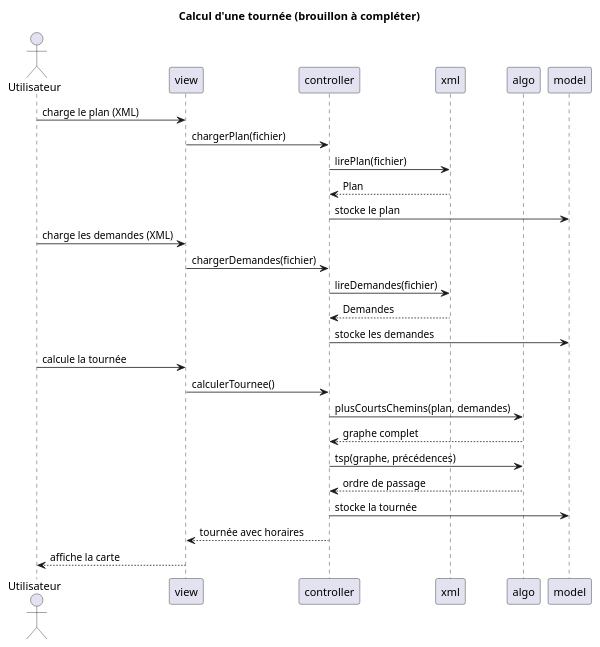
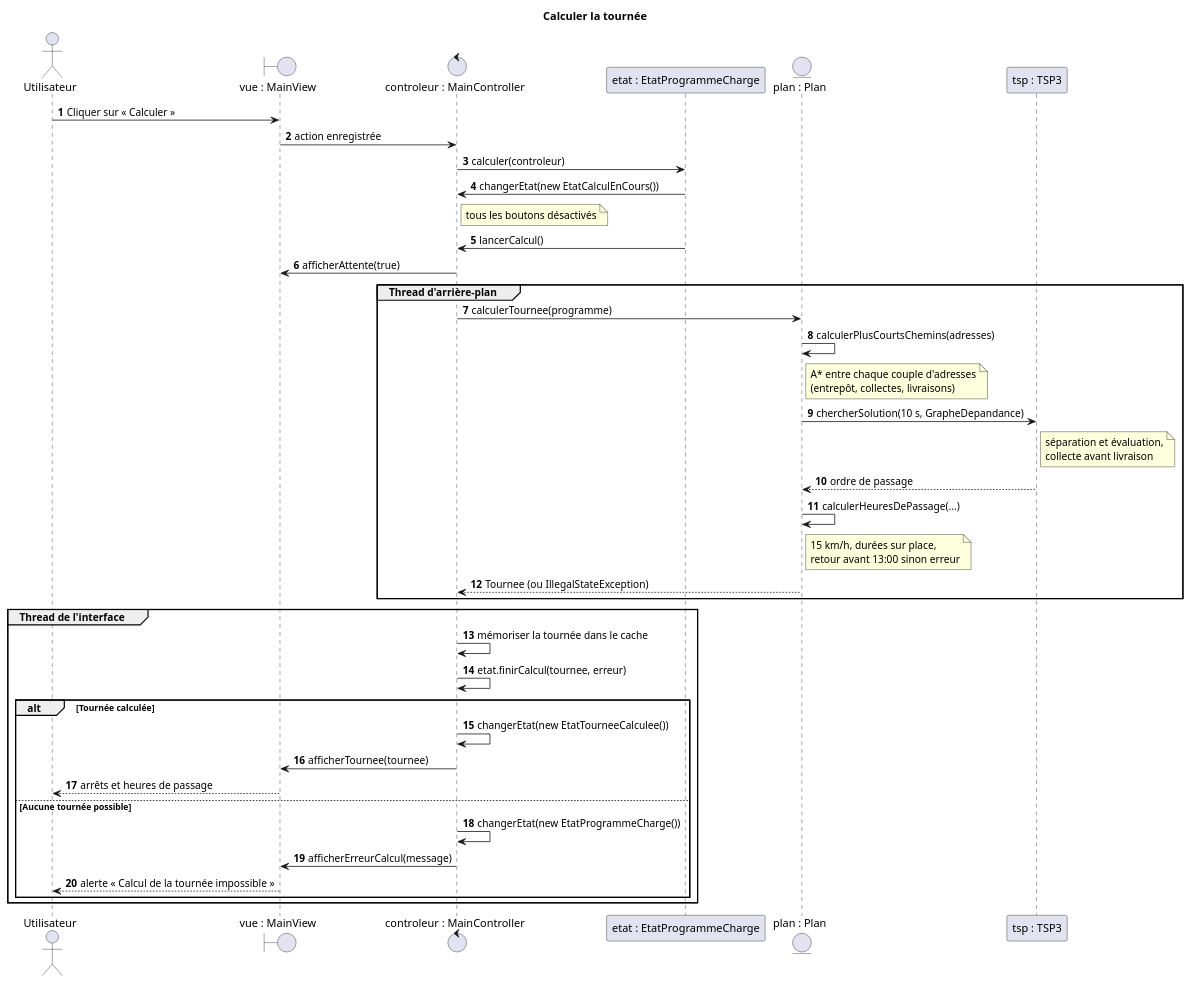
One commit to tristanhp/Optimod-Lyon changed the diagram in docs/diagrams/sequence-calcul-tournee.puml. Above: the diagram before and after it, drawn with PlantUML. The commit also changed 65 other files, not shown here.

```diff
--- a/docs/diagrams/sequence-calcul-tournee.puml
+++ b/docs/diagrams/sequence-calcul-tournee.puml
@@ -1,32 +1,41 @@
 @startuml sequence-calcul-tournee
-title Calcul d'une tournée (brouillon à compléter)
-
-actor Utilisateur
-participant "view" as V
-participant "controller" as C
-participant "xml" as X
-participant "algo" as A
-participant "model" as M
-
-Utilisateur -> V : charge le plan (XML)
-V -> C : chargerPlan(fichier)
-C -> X : lirePlan(fichier)
-X --> C : Plan
-C -> M : stocke le plan
-
-Utilisateur -> V : charge les demandes (XML)
-V -> C : chargerDemandes(fichier)
-C -> X : lireDemandes(fichier)
-X --> C : Demandes
-C -> M : stocke les demandes
-
-Utilisateur -> V : calcule la tournée
-V -> C : calculerTournee()
-C -> A : plusCourtsChemins(plan, demandes)
-A --> C : graphe complet
-C -> A : tsp(graphe, précédences)
-A --> C : ordre de passage
-C -> M : stocke la tournée
-C --> V : tournée avec horaires
-V --> Utilisateur : affiche la carte
+title Calculer la tournée
+autonumber
+actor Utilisateur as U
+boundary "vue : MainView" as V
+control "controleur : MainController" as C
+participant "etat : EtatProgrammeCharge" as E
+entity "plan : Plan" as P
+participant "tsp : TSP3" as T
+U -> V : Cliquer sur « Calculer »
+V -> C : action enregistrée
+C -> E : calculer(controleur)
+E -> C : changerEtat(new EtatCalculEnCours())
+note right of C : tous les boutons désactivés
+E -> C : lancerCalcul()
+C -> V : afficherAttente(true)
+group Thread d'arrière-plan
+  C -> P : calculerTournee(programme)
+  P -> P : calculerPlusCourtsChemins(adresses)
+  note right of P : A* entre chaque couple d'adresses\n(entrepôt, collectes, livraisons)
+  P -> T : chercherSolution(10 s, GrapheDepandance)
+  note right of T : séparation et évaluation,\ncollecte avant livraison
+  T --> P : ordre de passage
+  P -> P : calculerHeuresDePassage(...)
+  note right of P : 15 km/h, durées sur place,\nretour avant 13:00 sinon erreur
+  P --> C : Tournee (ou IllegalStateException)
+end
+group Thread de l'interface
+  C -> C : mémoriser la tournée dans le cache
+  C -> C : etat.finirCalcul(tournee, erreur)
+  alt Tournée calculée
+    C -> C : changerEtat(new EtatTourneeCalculee())
+    C -> V : afficherTournee(tournee)
+    V --> U : arrêts et heures de passage
+  else Aucune tournée possible
+    C -> C : changerEtat(new EtatProgrammeCharge())
+    C -> V : afficherErreurCalcul(message)
+    V --> U : alerte « Calcul de la tournée impossible »
+  end
+end
 @enduml
```
